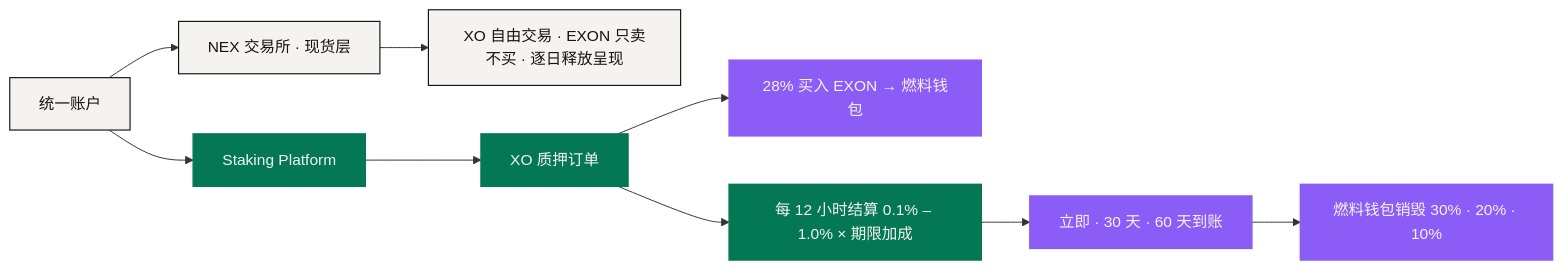
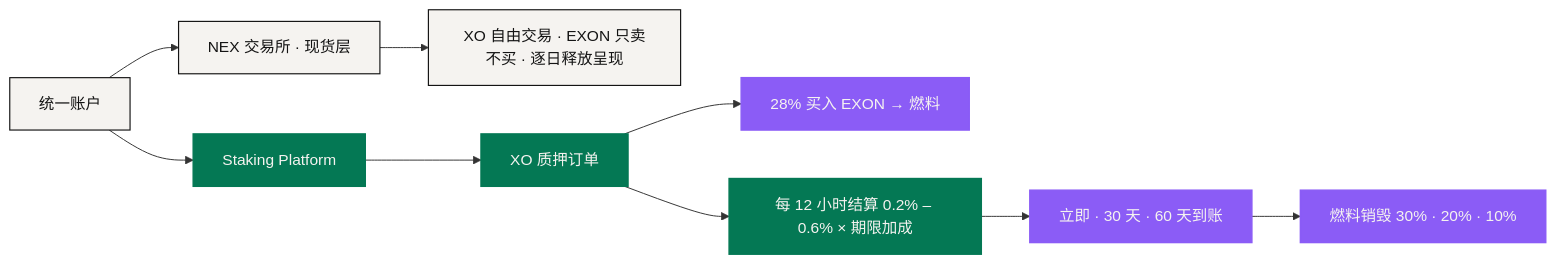
One commit to NEXONMarkets/NEXON-Whitepaper changed the diagram in docs/zh/03-architecture/trust-and-bonding.md. Above: the diagram before and after it, drawn with Mermaid. The commit also changed other lines of this file and 64 other files, not shown here.

````diff
--- a/docs/zh/03-architecture/trust-and-bonding.md
+++ b/docs/zh/03-architecture/trust-and-bonding.md
@@ -14,17 +14,17 @@
 ```mermaid
 flowchart LR
     A["统一账户"] --> E["NEX 交易所 · 现货层"]
     A --> S["Staking Platform"]
     E --> X["XO 自由交易 · EXON 只卖不买 · 逐日释放呈现"]
     S --> O["XO 质押订单"]
-    O --> F["28% 买入 EXON → 燃料钱包"]
-    O --> R["每 12 小时结算 0.1% – 1.0% × 期限加成"]
+    O --> F["28% 买入 EXON → 燃料"]
+    O --> R["每 12 小时结算 0.2% – 0.6% × 期限加成"]
     R --> D["立即 · 30 天 · 60 天到账"]
-    D --> B["燃料钱包销毁 30% · 20% · 10%"]
+    D --> B["燃料销毁 30% · 20% · 10%"]
     classDef anchor fill:#047854,stroke:#047854,stroke-width:1.5px,color:#F5F3F0
     classDef engine fill:#8B5CF6,stroke:#8B5CF6,stroke-width:1.5px,color:#F5F3F0
     classDef solid fill:#F5F3F0,stroke:#141414,stroke-width:1.2px,color:#141414
     class A,E,X solid
     class S,O,R anchor
     class F,D,B engine
 ```
````
